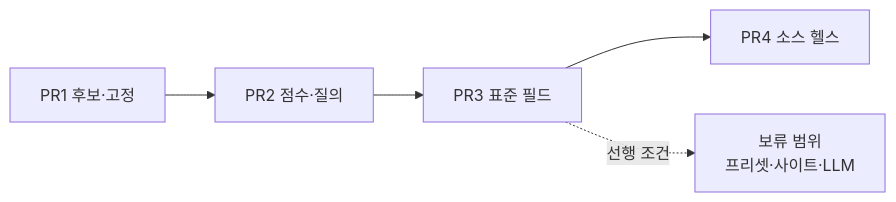
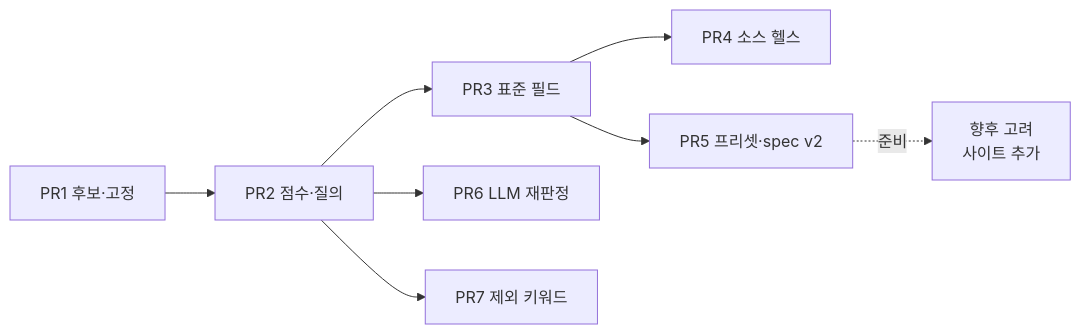
The diagram in docs/plan-external-v2.md (jihoon22-lee/SoolJang), drawn with Mermaid before and after one commit. The commit also changed other lines of this file and 2 other files, not shown here.

First line of the commit message:
docs(external): Task 34 범위를 PR1~PR7 로 확정 — 사이트 추가는 향후 고려로 강등

````diff
--- a/docs/plan-external-v2.md
+++ b/docs/plan-external-v2.md
@@ -86,7 +96,10 @@
 ```mermaid
 flowchart LR
     PR1[PR1 후보·고정] --> PR2[PR2 점수·질의]
     PR2 --> PR3[PR3 표준 필드]
     PR3 --> PR4[PR4 소스 헬스]
-    PR3 -.선행 조건.-> D[보류 범위<br/>프리셋·사이트·LLM]
+    PR3 --> PR5[PR5 프리셋·spec v2]
+    PR2 --> PR6[PR6 LLM 재판정]
+    PR2 --> PR7[PR7 제외 키워드]
+    PR5 -.준비.-> D[향후 고려<br/>사이트 추가]
 ```
````
